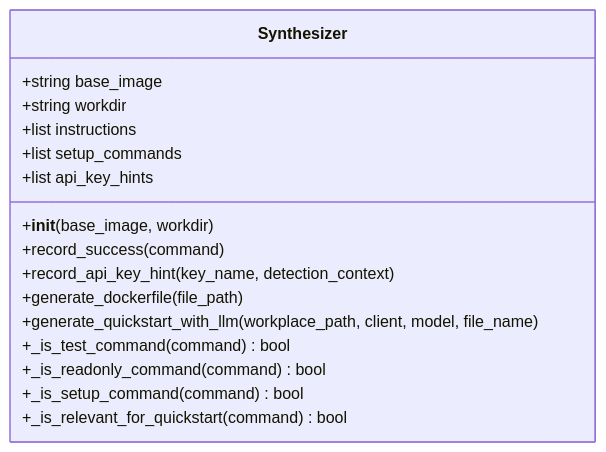
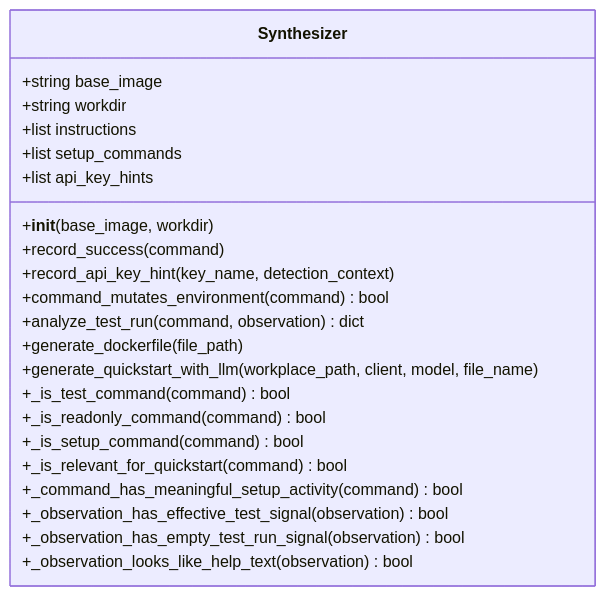
Before and after one commit to Jayint/Jayint-repo: the third of 12 diagrams in .qoder/repowiki/zh/content/核心组件/Synthesizer 模块/Synthesizer 模块.md, drawn with Mermaid. The commit also changed other lines of this file and 497 other files, not shown here.

````diff
--- a/.qoder/repowiki/zh/content/核心组件/Synthesizer 模块/Synthesizer 模块.md
+++ b/.qoder/repowiki/zh/content/核心组件/Synthesizer 模块/Synthesizer 模块.md
@@ -149,19 +157,25 @@
 ```mermaid
 classDiagram
 class Synthesizer {
 +string base_image
 +string workdir
 +list instructions
 +list setup_commands
 +list api_key_hints
 +__init__(base_image, workdir)
 +record_success(command)
 +record_api_key_hint(key_name, detection_context)
++command_mutates_environment(command) bool
++analyze_test_run(command, observation) dict
 +generate_dockerfile(file_path)
 +generate_quickstart_with_llm(workplace_path, client, model, file_name)
 +_is_test_command(command) bool
 +_is_readonly_command(command) bool
 +_is_setup_command(command) bool
 +_is_relevant_for_quickstart(command) bool
++_command_has_meaningful_setup_activity(command) bool
++_observation_has_effective_test_signal(observation) bool
++_observation_has_empty_test_run_signal(observation) bool
++_observation_looks_like_help_text(observation) bool
 }
 ```
````
